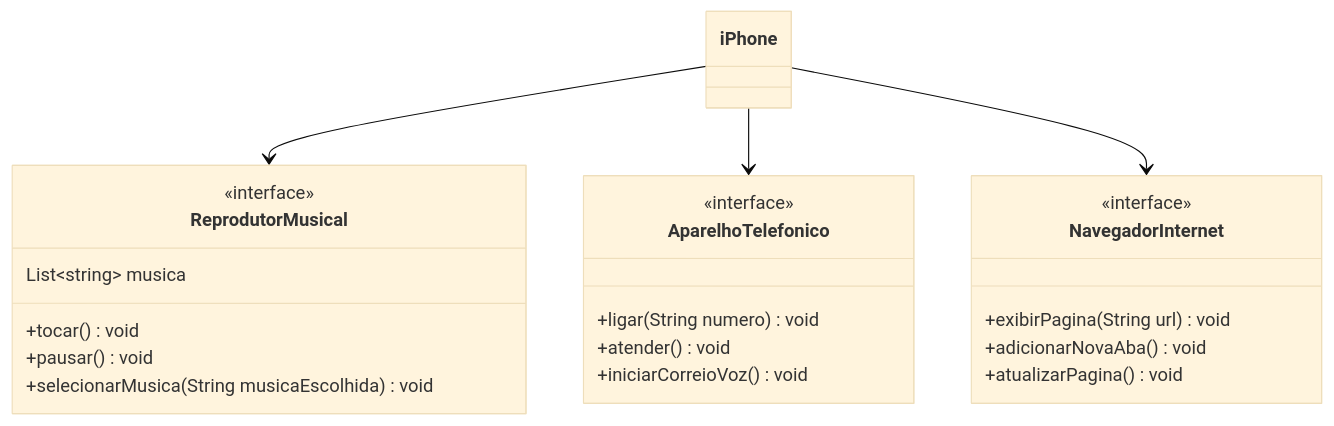
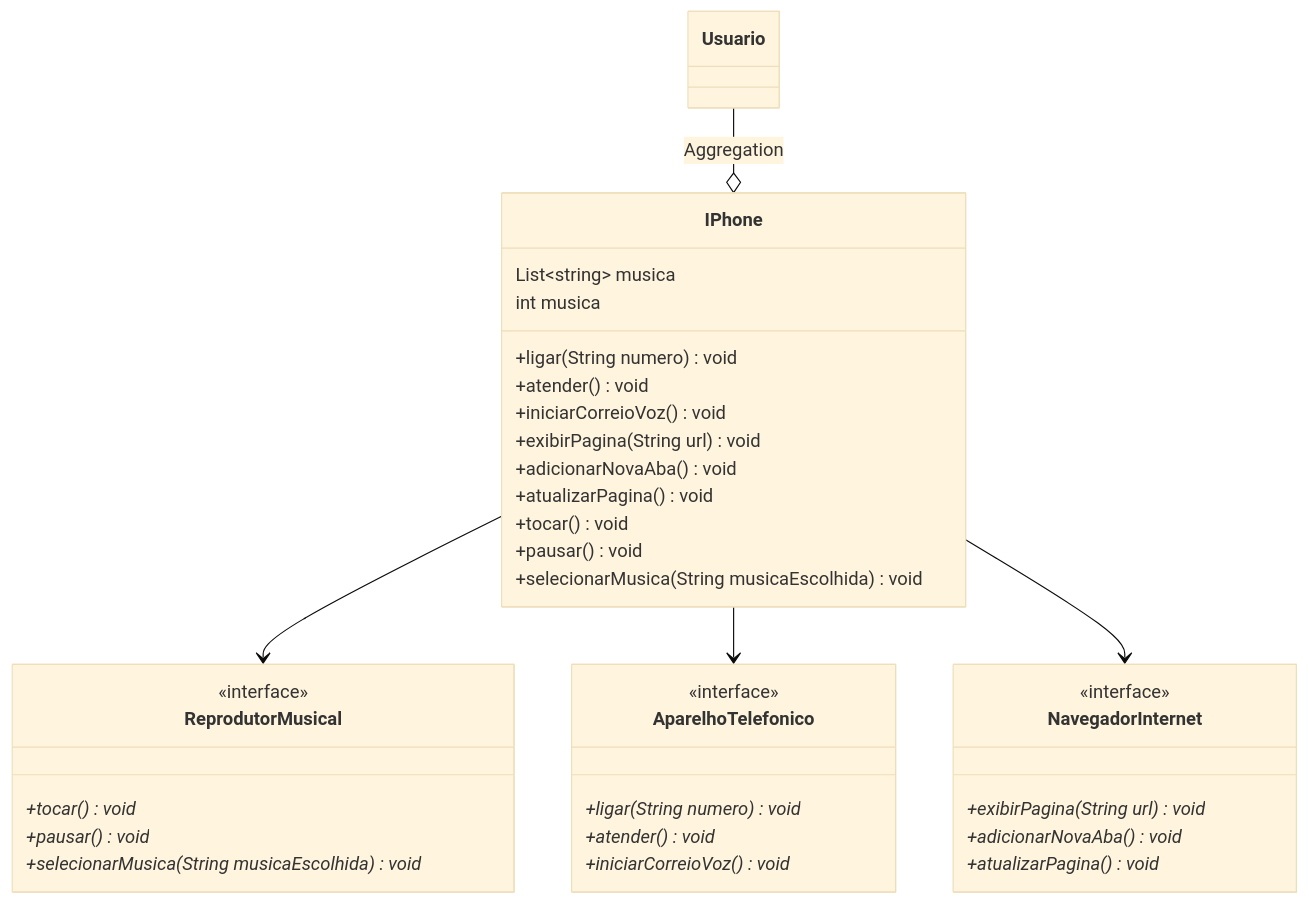
The diagram in Diagrama-Iphone.md (TucanoCaio/dio-desafio-modelagem-diagramacao), drawn with Mermaid (base theme) before and after one commit.

````diff
--- a/Diagrama-Iphone.md
+++ b/Diagrama-Iphone.md
@@ -1,32 +1,45 @@
 ```mermaid
 classDiagram
     class ReprodutorMusical {
         <<interface>>
+        +tocar()void*
+        +pausar()void*
+        +selecionarMusica(String musicaEscolhida)void*
+    }
+
+    class AparelhoTelefonico {
+        <<interface>>
+        +ligar(String numero)void*
+        +atender()void*
+        +iniciarCorreioVoz()void*
+    }
+
+    class NavegadorInternet {
+        <<interface>>
+        +exibirPagina(String url)void*
+        +adicionarNovaAba()void*
+        +atualizarPagina()void*
+    }
+
+    class IPhone {
         List~string~ musica
+        int musica
+        +ligar(String numero)void
+        +atender()void
+        +iniciarCorreioVoz()void
+        +exibirPagina(String url)void
+        +adicionarNovaAba()void
+        +atualizarPagina()void
         +tocar()void
         +pausar()void
         +selecionarMusica(String musicaEscolhida)void
     }
-
-    class AparelhoTelefonico {
-        <<interface>>
-        +ligar(String numero)void
-        +atender()void
-        +iniciarCorreioVoz()void
+    class Usuario{
     }
 
-    class NavegadorInternet {
-        <<interface>>
-        +exibirPagina(String url)void
-        +adicionarNovaAba()void
-        +atualizarPagina()void
-    }
-
-    class iPhone {
-        
-    }
-
-    iPhone --> ReprodutorMusical
-    iPhone --> AparelhoTelefonico
-    iPhone --> NavegadorInternet
+    IPhone --> ReprodutorMusical
+    IPhone --> AparelhoTelefonico
+    IPhone --> NavegadorInternet
+    Usuario --o IPhone : Aggregation
+    
 ```
````
